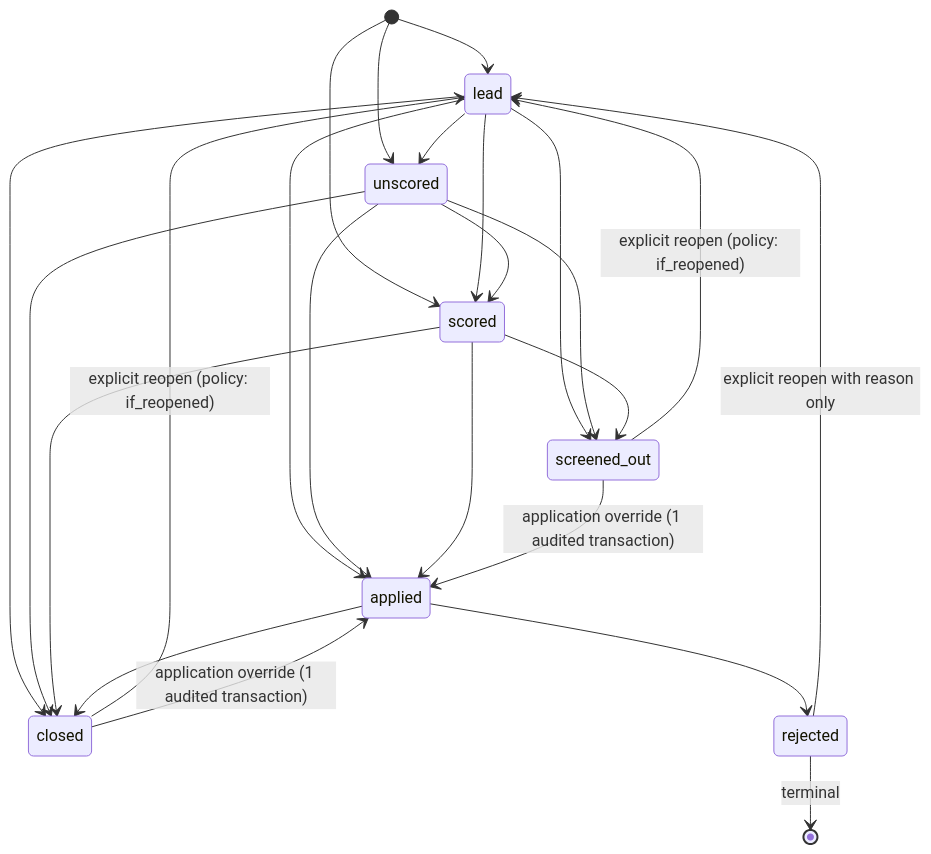
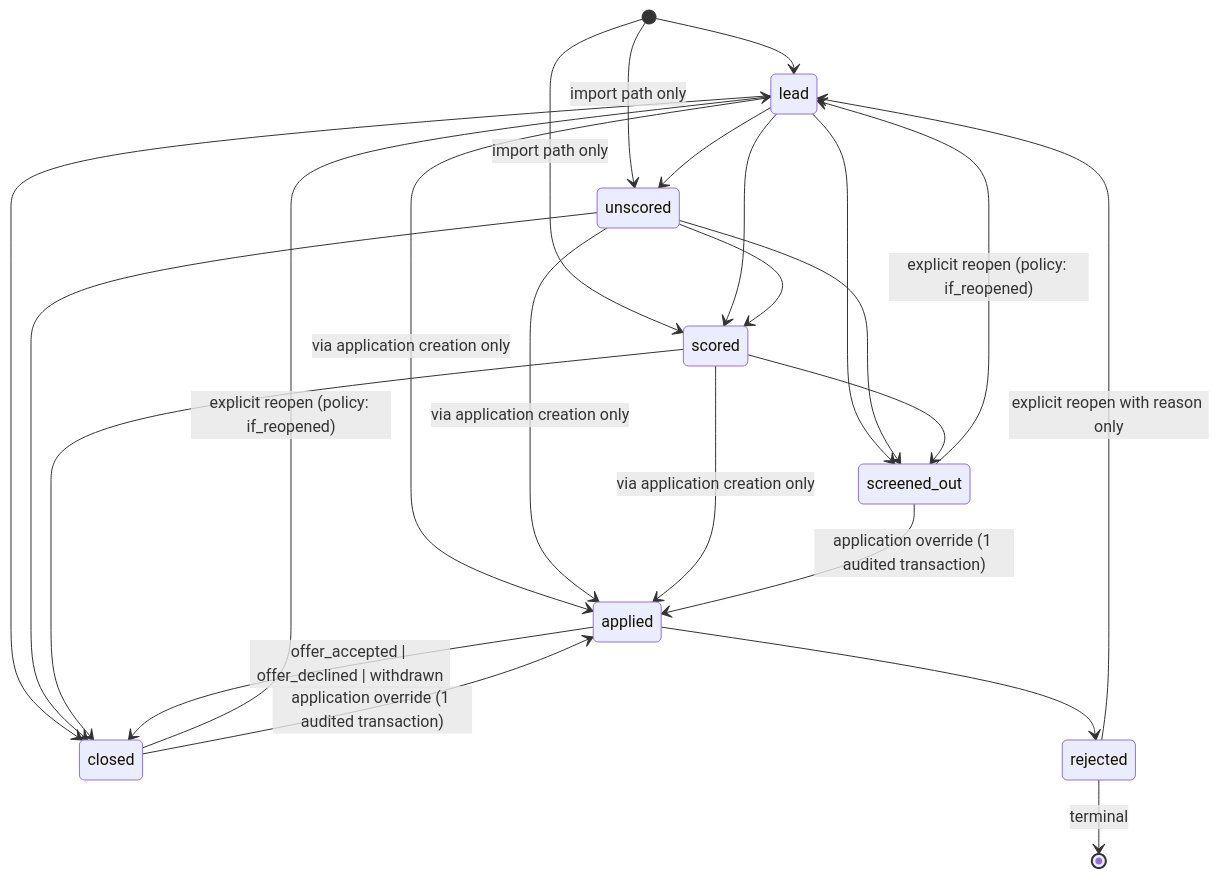
The diagram in specs/002-job-search-tracking/data-model.md (mwalczyk81/roleradar), drawn with Mermaid before and after one commit. The commit also changed other lines of this file and 8 other files, not shown here.

````diff
--- a/specs/002-job-search-tracking/data-model.md
+++ b/specs/002-job-search-tracking/data-model.md
@@ -442,33 +535,34 @@
 ```mermaid
 stateDiagram-v2
     [*] --> lead
-    [*] --> unscored
-    [*] --> scored
+    [*] --> unscored: import path only
+    [*] --> scored: import path only
 
     lead --> scored
     lead --> unscored
-    lead --> applied
     lead --> screened_out
     lead --> closed
 
     unscored --> scored
-    unscored --> applied
     unscored --> screened_out
     unscored --> closed
 
-    scored --> applied
     scored --> screened_out
     scored --> closed
 
+    lead --> applied: via application creation only
+    unscored --> applied: via application creation only
+    scored --> applied: via application creation only
+
     applied --> rejected
-    applied --> closed
+    applied --> closed: offer_accepted | offer_declined | withdrawn
 
     screened_out --> lead: explicit reopen (policy: if_reopened)
     closed --> lead: explicit reopen (policy: if_reopened)
 
     screened_out --> applied: application override (1 audited transaction)
     closed --> applied: application override (1 audited transaction)
 
     rejected --> lead: explicit reopen with reason only
     rejected --> [*]: terminal
 ```
````
